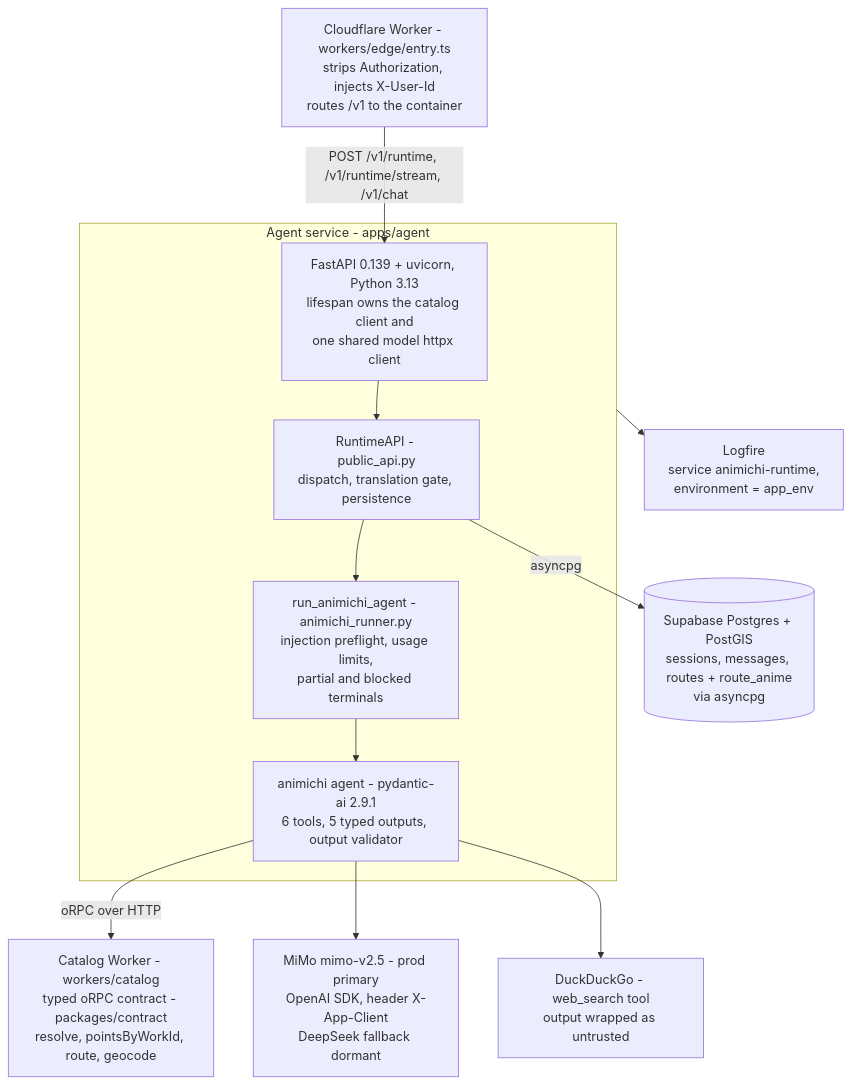
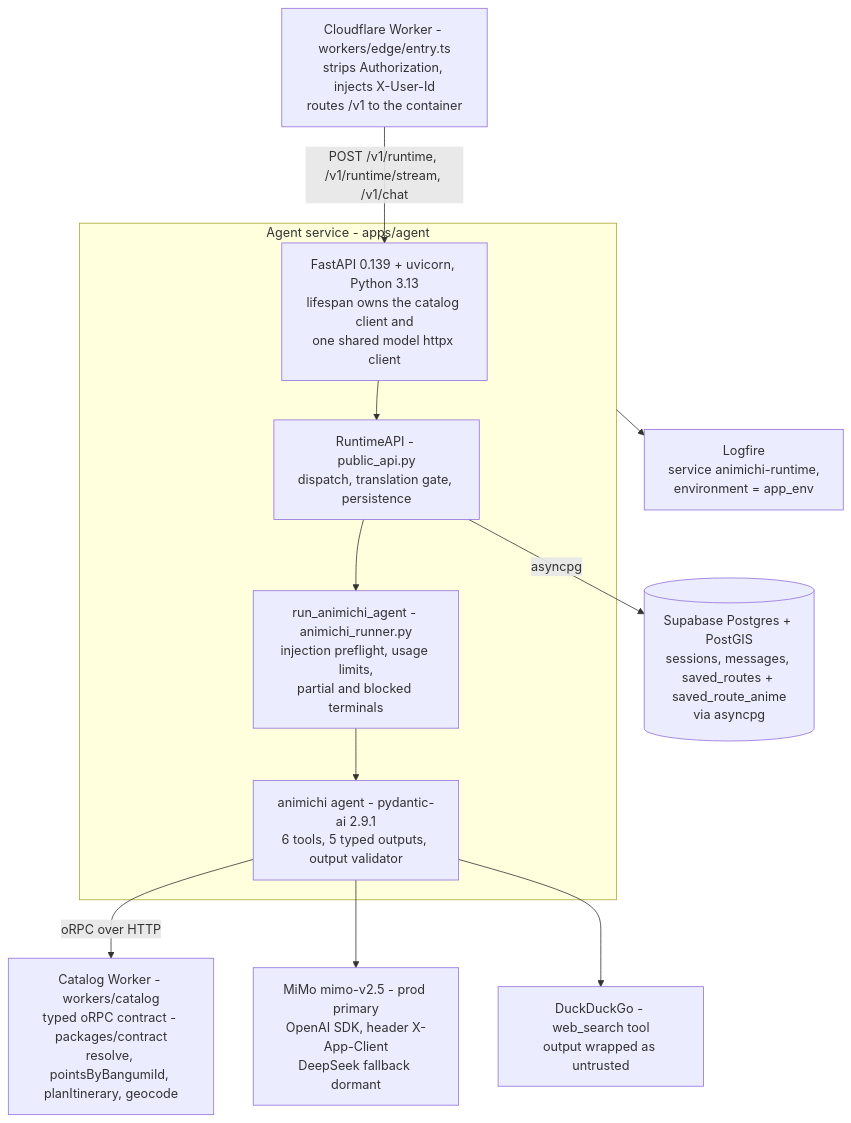
Before and after one commit to lifeodyssey/animichi: the first of 5 diagrams in docs/architecture-diagrams.md, drawn with Mermaid. The commit also changed other lines of this file and 162 other files, not shown here.

````diff
--- a/docs/architecture-diagrams.md
+++ b/docs/architecture-diagrams.md
@@ -20,25 +20,25 @@
 ```mermaid
 flowchart TD
     EDGE["Cloudflare Worker - workers/edge/entry.ts<br/>strips Authorization, injects X-User-Id<br/>routes /v1 to the container"]
 
     subgraph AGENT["Agent service - apps/agent"]
         API["FastAPI 0.139 + uvicorn, Python 3.13<br/>lifespan owns the catalog client and<br/>one shared model httpx client"]
         RUNTIME["RuntimeAPI - public_api.py<br/>dispatch, translation gate, persistence"]
         RUNNER["run_animichi_agent - animichi_runner.py<br/>injection preflight, usage limits,<br/>partial and blocked terminals"]
         PAI["animichi agent - pydantic-ai 2.9.1<br/>6 tools, 5 typed outputs, output validator"]
     end
 
-    CAT["Catalog Worker - workers/catalog<br/>typed oRPC contract - packages/contract<br/>resolve, pointsByWorkId, route, geocode"]
-    PG[("Supabase Postgres + PostGIS<br/>sessions, messages, routes + route_anime<br/>via asyncpg")]
+    CAT["Catalog Worker - workers/catalog<br/>typed oRPC contract - packages/contract<br/>resolve, pointsByBangumiId, planItinerary, geocode"]
+    PG[("Supabase Postgres + PostGIS<br/>sessions, messages, saved_routes + saved_route_anime<br/>via asyncpg")]
     LLM["MiMo mimo-v2.5 - prod primary<br/>OpenAI SDK, header X-App-Client<br/>DeepSeek fallback dormant"]
     DDG["DuckDuckGo - web_search tool<br/>output wrapped as untrusted"]
     OBS["Logfire<br/>service animichi-runtime,<br/>environment = app_env"]
 
     EDGE -->|"POST /v1/runtime, /v1/runtime/stream, /v1/chat"| API
     API --> RUNTIME --> RUNNER --> PAI
     PAI -->|"oRPC over HTTP"| CAT
     RUNTIME -->|asyncpg| PG
     PAI --> LLM
     PAI --> DDG
     AGENT --> OBS
 ```
````
